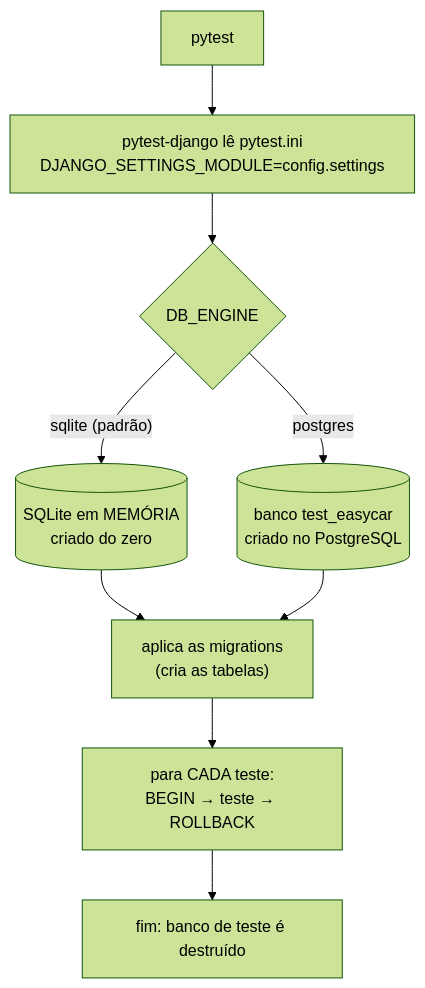
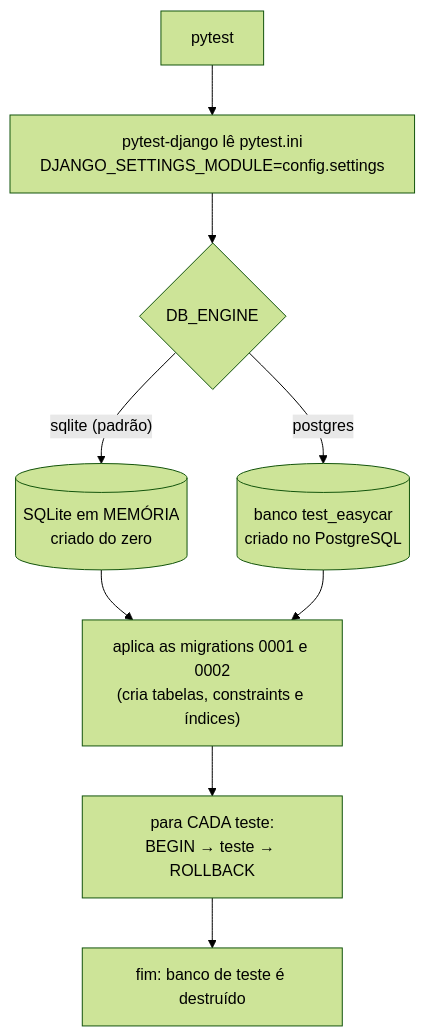
Before and after one commit to Luizzzz28/PI---EasyCar_Luiz-Barbiana-Yandra: the first of 2 diagrams in docs/banco-de-testes.md, drawn with Mermaid (forest theme). The commit also changed other lines of this file and 26 other files, not shown here.

````diff
--- a/docs/banco-de-testes.md
+++ b/docs/banco-de-testes.md
@@ -28,11 +29,11 @@
 ```mermaid
 flowchart TD
     A["pytest"] --> B["pytest-django lê pytest.ini<br/>DJANGO_SETTINGS_MODULE=config.settings"]
     B --> C{"DB_ENGINE"}
     C -->|"sqlite (padrão)"| D[("SQLite em MEMÓRIA<br/>criado do zero")]
-    C -->|postgres| E[("banco test_easycar<br/>criado no PostgreSQL")]
-    D --> F["aplica as migrations<br/>(cria as tabelas)"]
+    C -->|"postgres"| E[("banco test_easycar<br/>criado no PostgreSQL")]
+    D --> F["aplica as migrations 0001 e 0002<br/>(cria tabelas, constraints e índices)"]
     E --> F
     F --> G["para CADA teste:<br/>BEGIN → teste → ROLLBACK"]
     G --> H["fim: banco de teste é destruído"]
 ```
````
